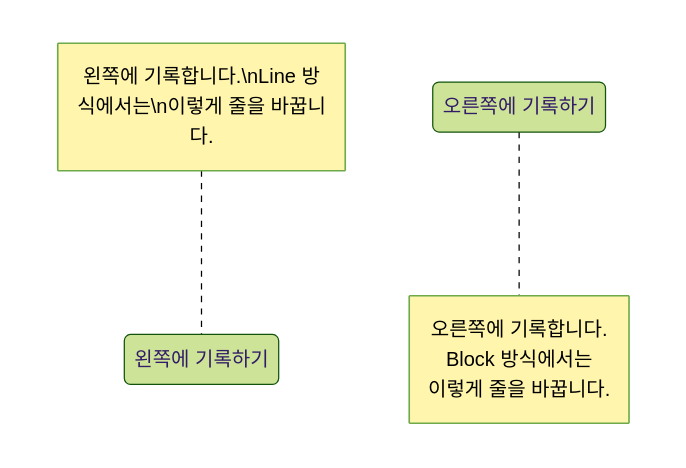
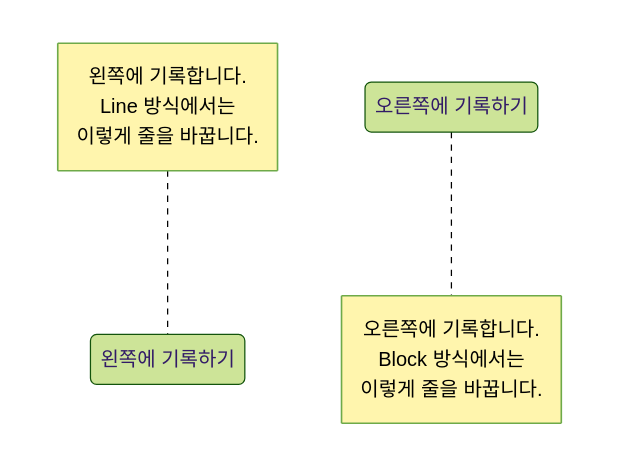
Before and after one commit to choesimin/choesimin.github.io: the third of 10 diagrams in collections/_skills/markdown/mermaid/state-diagram.md, drawn with Mermaid (forest theme). The commit also changed other lines of this file and 9 other files, not shown here.

````diff
--- a/collections/_skills/markdown/mermaid/state-diagram.md
+++ b/collections/_skills/markdown/mermaid/state-diagram.md
@@ -93,14 +93,14 @@
 ```mermaid
 stateDiagram-v2
 
 state "오른쪽에 기록하기" as stateWithRightNote
 state "왼쪽에 기록하기" as stateWithLeftNote
 
 note right of stateWithRightNote
     오른쪽에 기록합니다.
     Block 방식에서는
     이렇게 줄을 바꿉니다.
 end note
 
-note left of stateWithLeftNote : 왼쪽에 기록합니다.\nLine 방식에서는\n이렇게 줄을 바꿉니다.
+note left of stateWithLeftNote : 왼쪽에 기록합니다.<br>Line 방식에서는<br>이렇게 줄을 바꿉니다.
 ```
````
